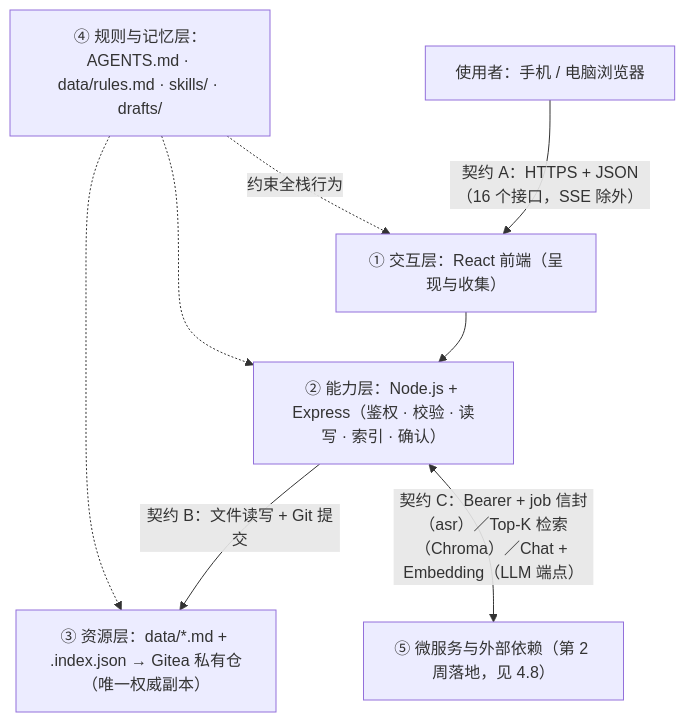
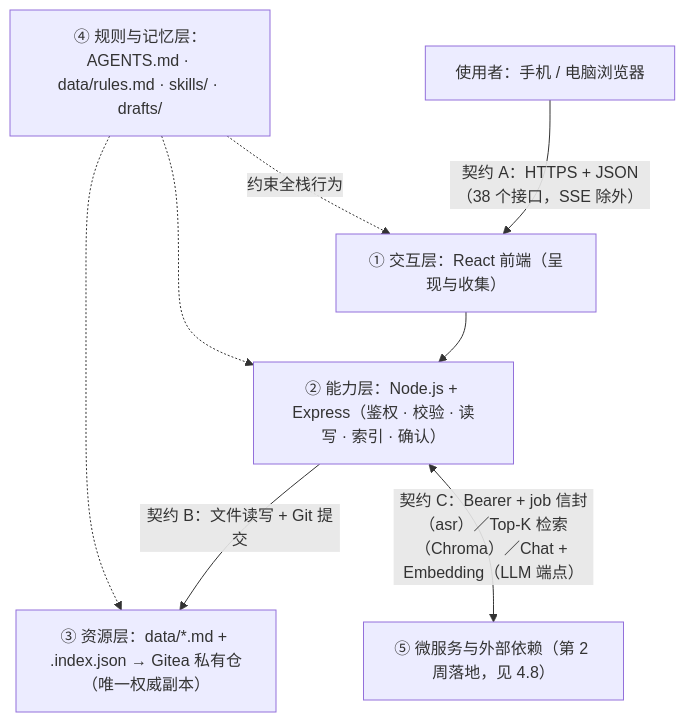
The eighth of 8 diagrams in TECH_DESIGN.md (XingHo-VibeCoding/vbcd), drawn with Mermaid before and after one commit. The commit also changed other lines of this file and 8 other files, not shown here.

````diff
--- a/TECH_DESIGN.md
+++ b/TECH_DESIGN.md
@@ -210,10 +211,10 @@
 ```mermaid
 flowchart TB
-    U["使用者：手机 / 电脑浏览器"] -->|"契约 A：HTTPS + JSON（16 个接口，SSE 除外）"| A["① 交互层：React 前端（呈现与收集）"]
+    U["使用者：手机 / 电脑浏览器"] -->|"契约 A：HTTPS + JSON（38 个接口，SSE 除外）"| A["① 交互层：React 前端（呈现与收集）"]
     A --> B["② 能力层：Node.js + Express（鉴权 · 校验 · 读写 · 索引 · 确认）"]
     B -->|"契约 B：文件读写 + Git 提交"| C["③ 资源层：data/*.md + .index.json → Gitea 私有仓（唯一权威副本）"]
     B <-->|"契约 C：Bearer + job 信封（asr）／Top-K 检索（Chroma）／Chat + Embedding（LLM 端点）"| E["⑤ 微服务与外部依赖（第 2 周落地，见 4.8）"]
     D["④ 规则与记忆层：AGENTS.md · data/rules.md · skills/ · drafts/"] -.->|"约束全栈行为"| A
     D -.-> B
     D -.-> C
 ```
````
